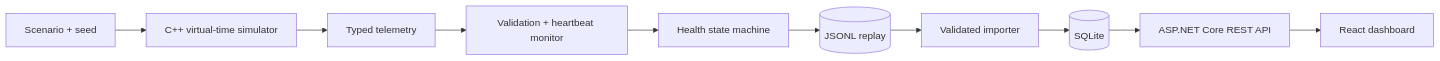
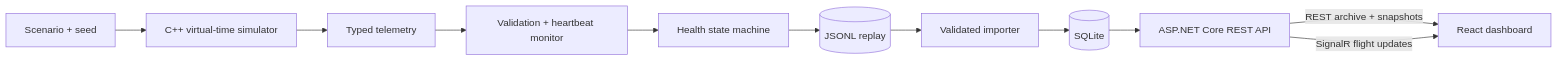
One commit to dzikidziklasrwie/AeroGuard changed the diagram in README.md. Above: the diagram before and after it, drawn with Mermaid. The commit also changed other lines of this file and 18 other files, not shown here.

````diff
--- a/README.md
+++ b/README.md
@@ -43,12 +44,13 @@
 ```mermaid
 flowchart LR
     A[Scenario + seed] --> B[C++ virtual-time simulator]
     B --> C[Typed telemetry]
     C --> D[Validation + heartbeat monitor]
     D --> E[Health state machine]
     E --> F[(JSONL replay)]
     F --> G[Validated importer]
     G --> H[(SQLite)]
     H --> I[ASP.NET Core REST API]
-    I --> J[React dashboard]
+    I -->|REST archive + snapshots| J[React dashboard]
+    I -->|SignalR flight updates| J
 ```
````
